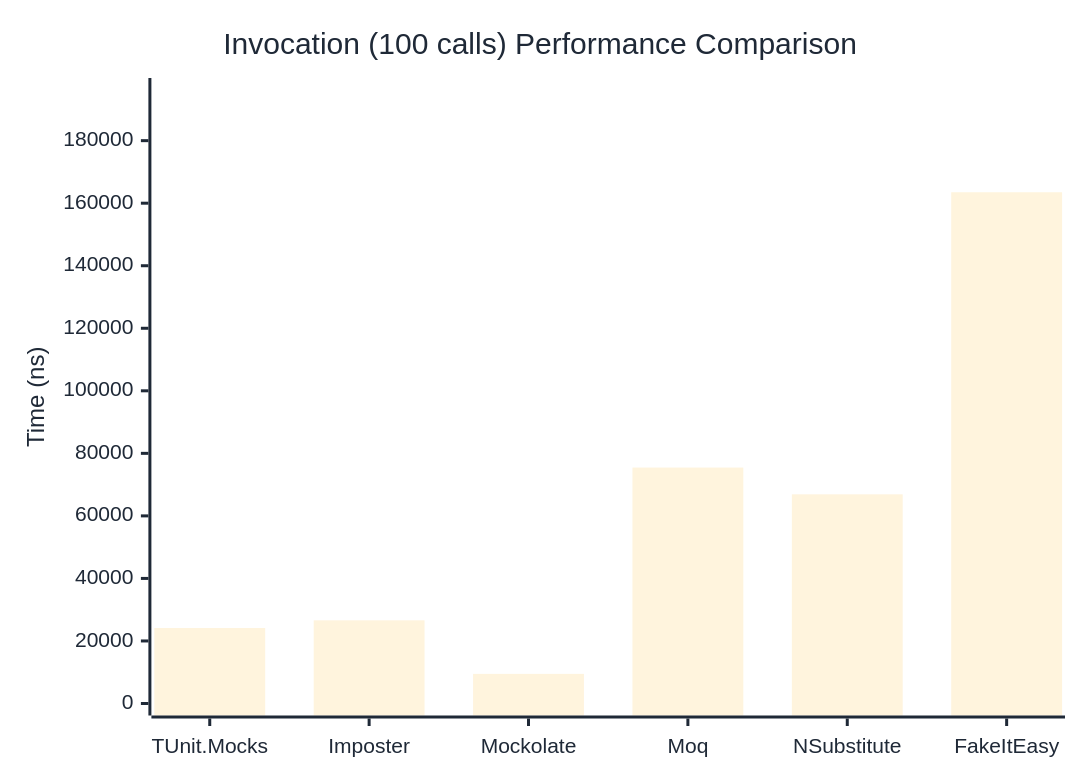
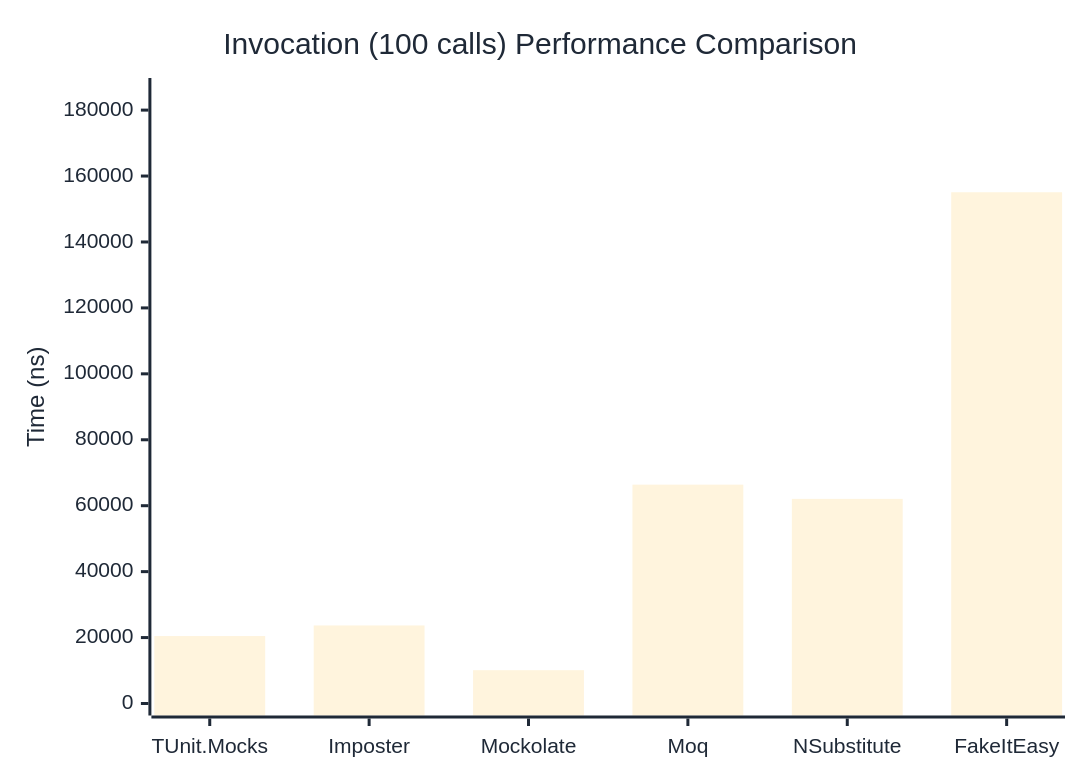
One commit to thomhurst/TUnit changed the third of 3 diagrams in docs/docs/benchmarks/mocks/Invocation.md. Above: the diagram before and after it, drawn with Mermaid. The commit also changed other lines of this file and 14 other files, not shown here.

````diff
--- a/docs/docs/benchmarks/mocks/Invocation.md
+++ b/docs/docs/benchmarks/mocks/Invocation.md
@@ -110,27 +110,27 @@
 ```mermaid
 %%{init: {
   'theme':'base',
   'themeVariables': {
     'primaryColor': '#2563eb',
     'primaryTextColor': '#1f2937',
     'primaryBorderColor': '#1e40af',
     'lineColor': '#6b7280',
     'secondaryColor': '#7c3aed',
     'tertiaryColor': '#dc2626',
     'background': '#ffffff',
     'pie1': '#2563eb',
     'pie2': '#7c3aed',
     'pie3': '#dc2626',
     'pie4': '#f59e0b',
     'pie5': '#10b981',
     'pie6': '#06b6d4',
     'pie7': '#ec4899',
     'pie8': '#6366f1'
   }
 }}%%
 xychart-beta
   title "Invocation (100 calls) Performance Comparison"
   x-axis ["TUnit.Mocks", "Imposter", "Mockolate", "Moq", "NSubstitute", "FakeItEasy"]
-  y-axis "Time (ns)" 0 --> 196200
-  bar [24135.17, 26597.38, 9475.17, 75449.56, 66891.38, 163499.26]
+  y-axis "Time (ns)" 0 --> 186101
+  bar [20457.73, 23676.4, 10106.63, 66385.12, 62071.84, 155083.57]
 ```
````
